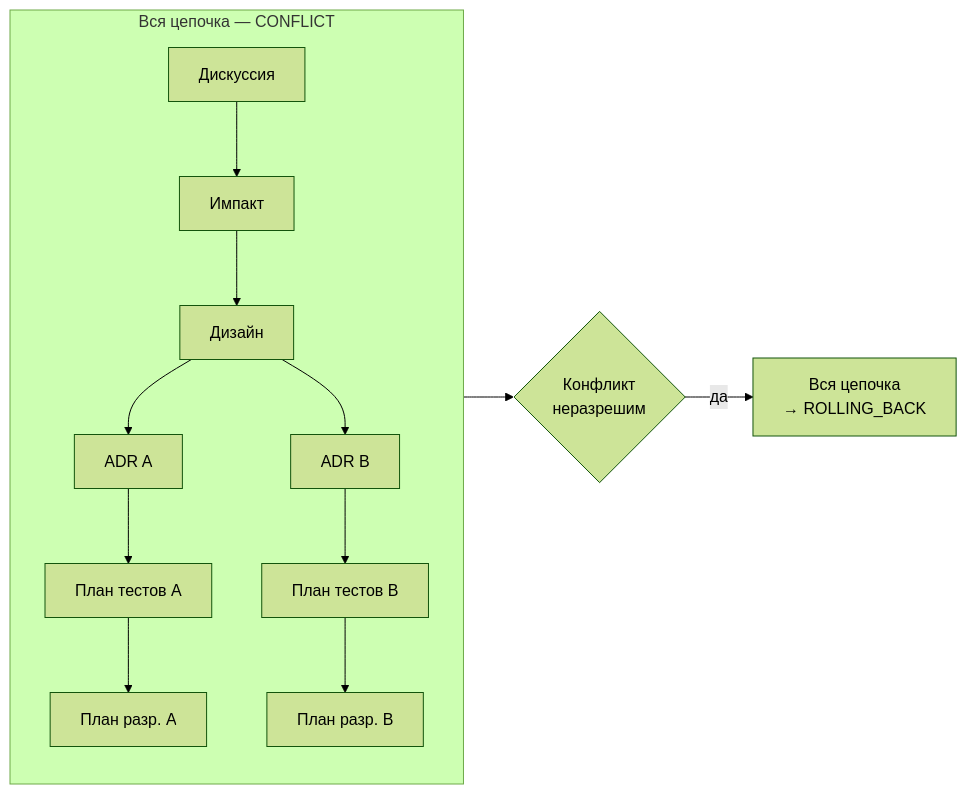
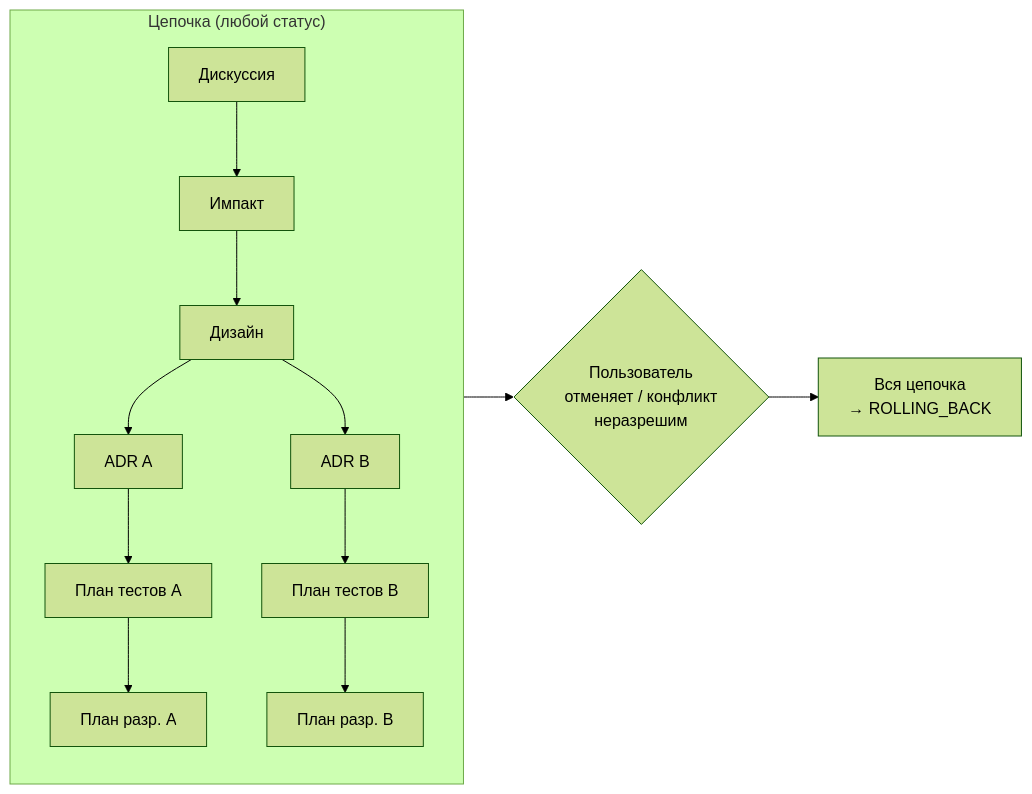
Before and after one commit to NSEvteev/FullSpec: the fifth of 5 diagrams in specs/.instructions/standard-specs-reference.md, drawn with Mermaid (forest theme). The commit also changed other lines of this file and 1 other file, not shown here.

````diff
--- a/specs/.instructions/standard-specs-reference.md
+++ b/specs/.instructions/standard-specs-reference.md
@@ -258,15 +389,15 @@
 ```mermaid
 graph LR
-    subgraph conflict["Вся цепочка — CONFLICT"]
+    subgraph before["Цепочка (любой статус)"]
         direction TB
         D["Дискуссия"] --> I["Импакт"] --> DE["Дизайн"]
         DE --> A1["ADR A"] --> T1["План тестов A"] --> P1["План разр. A"]
         DE --> A2["ADR B"] --> T2["План тестов B"] --> P2["План разр. B"]
     end
 
-    TRIGGER{"Конфликт<br/>неразрешим"}
+    TRIGGER{"Пользователь<br/>отменяет / конфликт<br/>неразрешим"}
 
     RESULT["Вся цепочка<br/>→ ROLLING_BACK"]
 
-    conflict --> TRIGGER -- "да" --> RESULT
+    before --> TRIGGER --> RESULT
 ```
````
